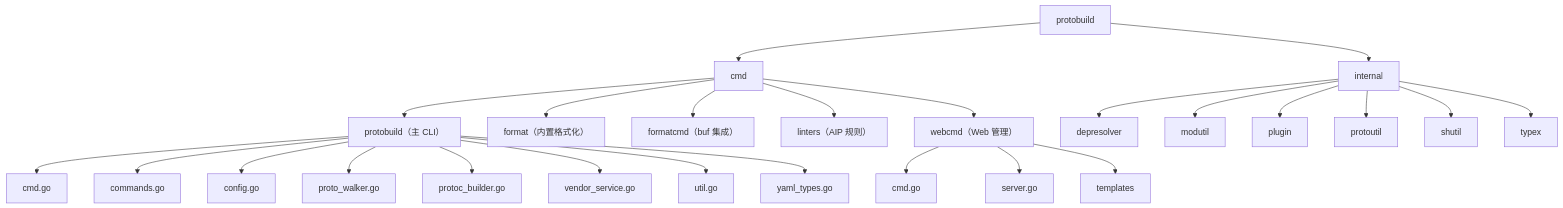
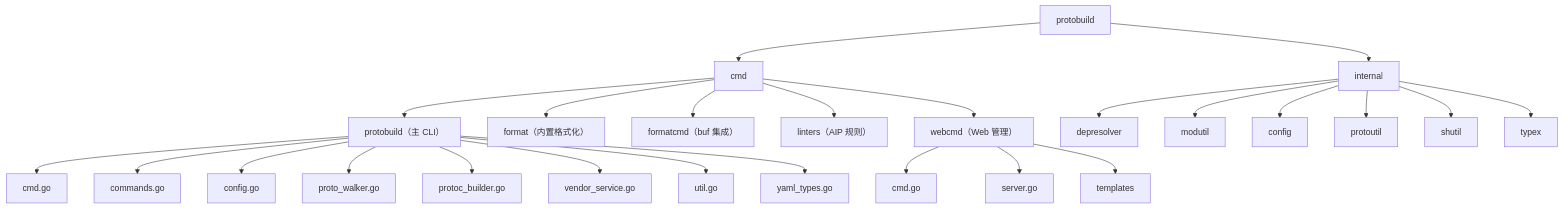
Before and after one commit to pubgo/protobuild: the diagram in README.md, drawn with Mermaid. The commit also changed other lines of this file and 2 other files, not shown here.

````diff
--- a/README.md
+++ b/README.md
@@ -427,33 +429,33 @@
 ```mermaid
 flowchart TD
   ROOT[protobuild]
 
   ROOT --> CMD[cmd]
   ROOT --> INTERNAL[internal]
 
   CMD --> CMDPB[protobuild（主 CLI）]
   CMD --> CMDFMT[format（内置格式化）]
   CMD --> CMDFMTCMD[formatcmd（buf 集成）]
   CMD --> CMDLINT[linters（AIP 规则）]
   CMD --> CMDWEB[webcmd（Web 管理）]
 
   CMDPB --> F1[cmd.go]
   CMDPB --> F2[commands.go]
   CMDPB --> F3[config.go]
   CMDPB --> F4[proto_walker.go]
   CMDPB --> F5[protoc_builder.go]
   CMDPB --> F6[vendor_service.go]
   CMDPB --> F7[util.go]
   CMDPB --> F8[yaml_types.go]
 
   CMDWEB --> W1[cmd.go]
   CMDWEB --> W2[server.go]
   CMDWEB --> W3[templates]
 
   INTERNAL --> I1[depresolver]
   INTERNAL --> I2[modutil]
-  INTERNAL --> I3[plugin]
+  INTERNAL --> I3[config]
   INTERNAL --> I4[protoutil]
   INTERNAL --> I5[shutil]
   INTERNAL --> I6[typex]
 ```
````
